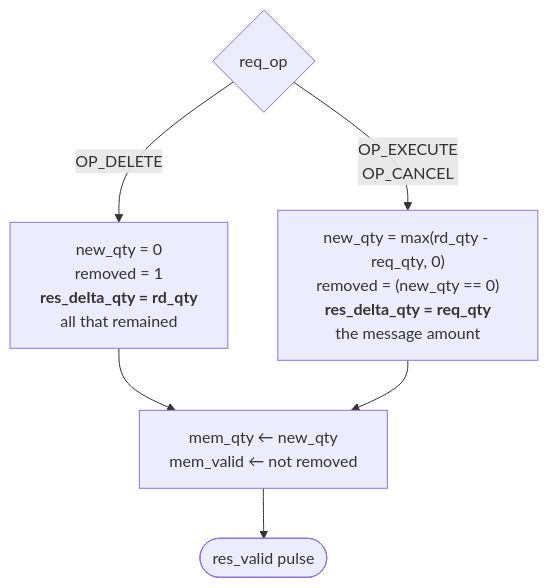
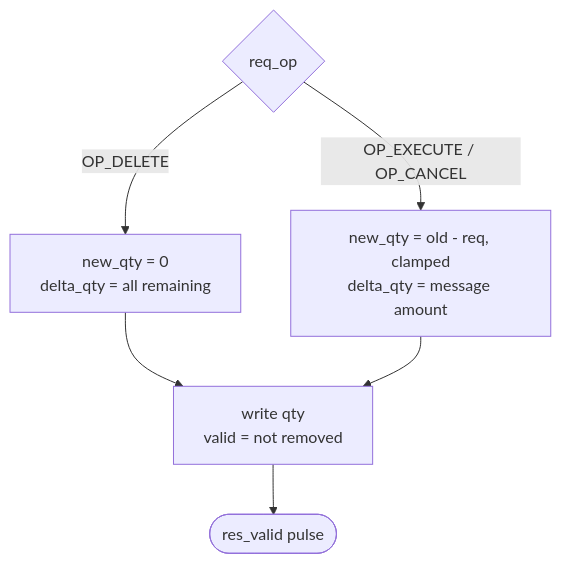
The fifth of 5 diagrams in docs/diagrams/order_lookup.md (Rushmello369/fpga-feed-handler), drawn with Mermaid before and after one commit. The commit also changed other lines of this file and 12 other files, not shown here.

Commit message:
add diagrams for system and module architectures

````diff
--- a/docs/diagrams/order_lookup.md
+++ b/docs/diagrams/order_lookup.md
@@ -130,10 +98,9 @@
 ```mermaid
 flowchart TD
-    OP{"req_op"}
-    OP -->|"OP_DELETE"| D1["new_qty = 0<br/>removed = 1<br/><b>res_delta_qty = rd_qty</b><br/>all that remained"]
-    OP -->|"OP_EXECUTE<br/>OP_CANCEL"| D2["new_qty = max(rd_qty - req_qty, 0)<br/>removed = (new_qty == 0)<br/><b>res_delta_qty = req_qty</b><br/>the message amount"]
-
-    D1 --> W["mem_qty ← new_qty<br/>mem_valid ← not removed"]
+    OP{req_op}
+    OP -->|OP_DELETE| D1[new_qty = 0<br/>delta_qty = all remaining]
+    OP -->|OP_EXECUTE / OP_CANCEL| D2[new_qty = old - req, clamped<br/>delta_qty = message amount]
+    D1 --> W[write qty<br/>valid = not removed]
     D2 --> W
-    W --> R(["res_valid pulse"])
+    W --> R([res_valid pulse])
 ```
````
